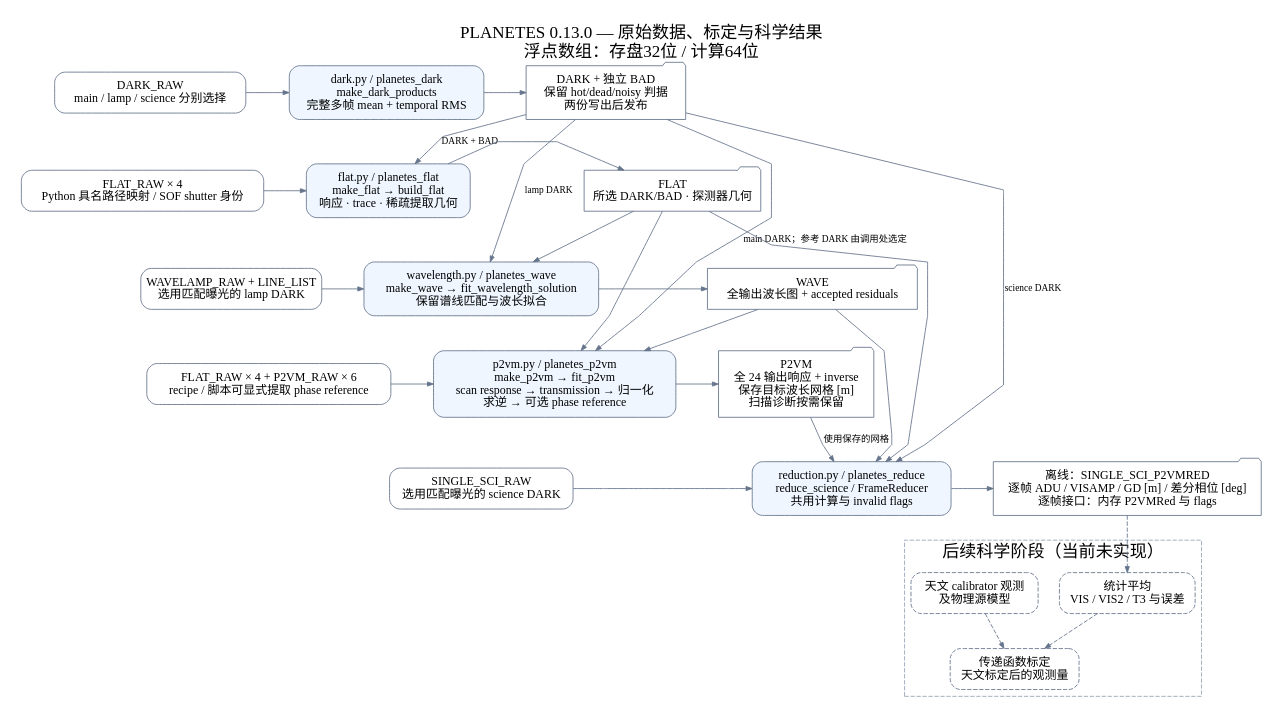
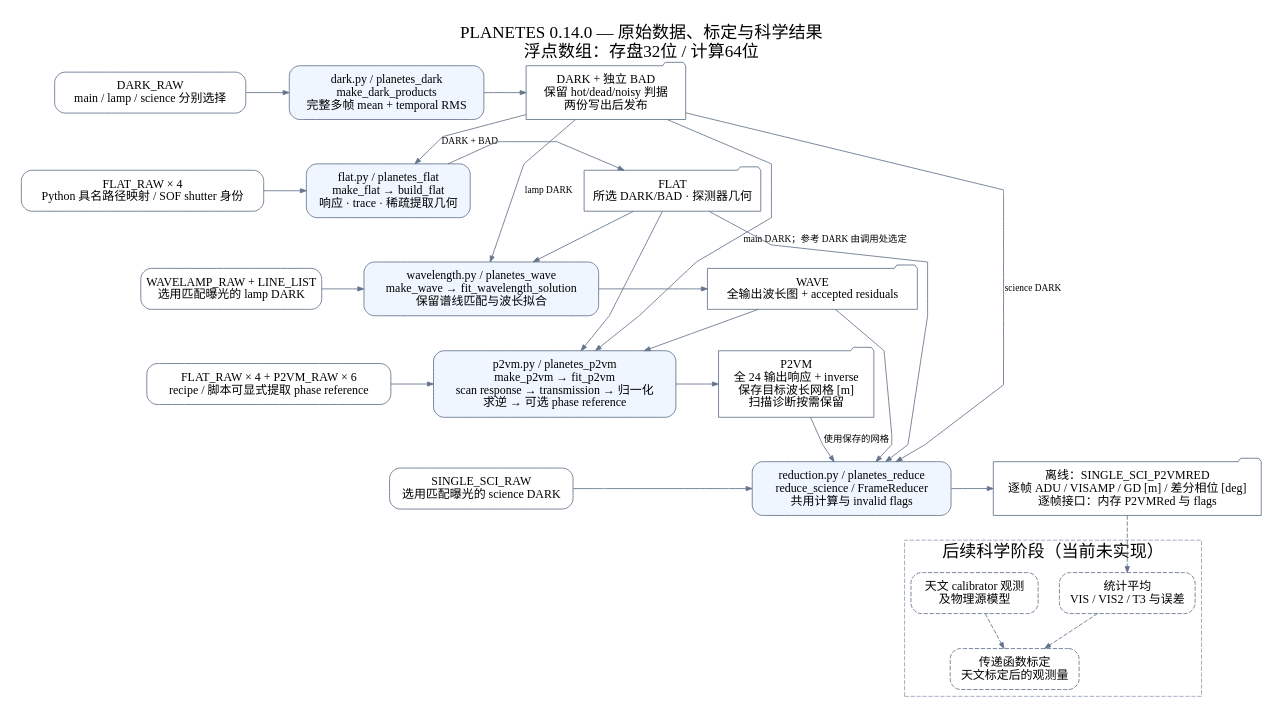
One commit to zexwu/planetes_pipe changed the diagram in docs/dataflow.dot. Above: the diagram before and after it, drawn with Graphviz. The commit also changed 24 other files, not shown here.

```diff
--- a/docs/dataflow.dot
+++ b/docs/dataflow.dot
@@ -1,52 +1,52 @@
 digraph Dataflow {
-  graph [rankdir=TB, bgcolor="white", pad=0.25, nodesep=0.35, ranksep=0.55, splines=polyline, fontname="PingFang SC", fontsize=20, label="PLANETES 0.13.0 — 原始数据、标定与科学结果\n浮点数组：存盘32位 / 计算64位", labelloc=t];
+  graph [rankdir=TB, bgcolor="white", pad=0.25, nodesep=0.35, ranksep=0.55, splines=polyline, fontname="PingFang SC", fontsize=20, label="PLANETES 0.14.0 — 原始数据、标定与科学结果\n浮点数组：存盘32位 / 计算64位", labelloc=t];
   node [shape=box, style="rounded", fontname="PingFang SC", fontsize=14, color="#64748b", margin="0.15,0.12"];
   edge [fontname="PingFang SC", fontsize=11, color="#64748b", arrowsize=0.7];
   rawdark [label="DARK_RAW\nmain / lamp / science 分别选择"];
   dark [label="dark.py / planetes_dark\nmake_dark_products\n完整多帧 mean + temporal RMS", style="rounded,filled", fillcolor="#eff6ff"];
   darkfits [label="DARK + 独立 BAD\n保留 hot/dead/noisy 判据\n两份写出后发布", shape=folder];
   rawflat [label="FLAT_RAW × 4\nPython 具名路径映射 / SOF shutter 身份"];
   flat [label="flat.py / planetes_flat\nmake_flat → build_flat\n响应 · trace · 稀疏提取几何", style="rounded,filled", fillcolor="#eff6ff"];
   flatfits [label="FLAT\n所选 DARK/BAD · 探测器几何", shape=folder];
   rawwave [label="WAVELAMP_RAW + LINE_LIST\n选用匹配曝光的 lamp DARK"];
   wave [label="wavelength.py / planetes_wave\nmake_wave → fit_wavelength_solution\n保留谱线匹配与波长拟合", style="rounded,filled", fillcolor="#eff6ff"];
   wavefits [label="WAVE\n全输出波长图 + accepted residuals", shape=folder];
   rawp2vm [label="FLAT_RAW × 4 + P2VM_RAW × 6\nrecipe / 脚本可显式提取 phase reference"];
   p2vm [label="p2vm.py / planetes_p2vm\nmake_p2vm → fit_p2vm\nscan response → transmission → 归一化
 求逆 → 可选 phase reference", style="rounded,filled", fillcolor="#eff6ff"];
   p2vmfits [label="P2VM\n全 24 输出响应 + inverse\n保存目标波长网格 [m]\n扫描诊断按需保留", shape=folder];
   rawscience [label="SINGLE_SCI_RAW\n选用匹配曝光的 science DARK"];
   science [label="reduction.py / planetes_reduce\nreduce_science / FrameReducer\n共用计算与 invalid flags", style="rounded,filled", fillcolor="#eff6ff"];
   results [label="离线：SINGLE_SCI_P2VMRED\n逐帧 ADU / VISAMP / GD [m] / 差分相位 [deg]\n逐帧接口：内存 P2VMRed 与 flags", shape=folder];
   {rank=same; rawdark; dark; darkfits;}
   {rank=same; rawflat; flat; flatfits;}
   {rank=same; rawwave; wave; wavefits;}
   {rank=same; rawp2vm; p2vm; p2vmfits;}
   {rank=same; rawscience; science; results;}
   rawdark -> dark -> darkfits;
   rawflat -> flat -> flatfits;
   rawwave -> wave -> wavefits;
   rawp2vm -> p2vm -> p2vmfits;
   rawscience -> science -> results;
   darkfits -> flat [label="DARK + BAD"];
   darkfits -> wave [label="lamp DARK"];
   darkfits -> p2vm [label="main DARK；参考 DARK 由调用处选定"];
   darkfits -> science [label="science DARK"];
   flatfits -> wave;
   flatfits -> p2vm;
   flatfits -> science;
   wavefits -> p2vm;
   wavefits -> science;
   p2vmfits -> science [label="使用保存的网格"];
   subgraph cluster_future {
     label="后续科学阶段（当前未实现）"; style=dashed; color="#94a3b8";
     average [label="统计平均\nVIS / VIS2 / T3 与误差", style="rounded,dashed"];
     calibrator [label="天文 calibrator 观测\n及物理源模型", style="rounded,dashed"];
     calibrated [label="传递函数标定\n天文标定后的观测量", style="rounded,dashed"];
     average -> calibrated [style=dashed];
     calibrator -> calibrated [style=dashed];
   }
   results -> average [style=dashed];
   rawdark -> rawflat -> rawwave -> rawp2vm -> rawscience [style=invis];
   dark -> flat -> wave -> p2vm -> science [style=invis];
 }
```
